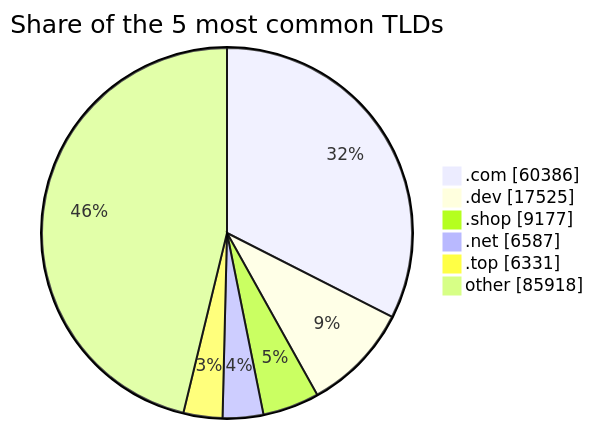
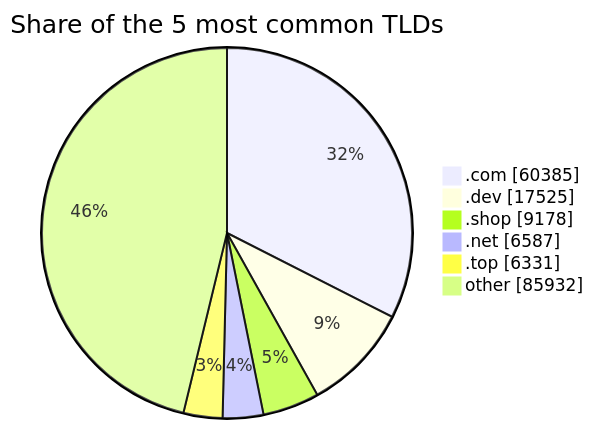
Before and after one commit to DNSBunker/CTI: the third of 3 diagrams in README.md, drawn with Mermaid. The commit also changed other lines of this file and 3 other files, not shown here.

````diff
--- a/README.md
+++ b/README.md
@@ -81,9 +81,9 @@
 ```mermaid
 pie showData title Share of the 5 most common TLDs
-    ".com" : 60386
+    ".com" : 60385
     ".dev" : 17525
-    ".shop" : 9177
+    ".shop" : 9178
     ".net" : 6587
     ".top" : 6331
-    "other" : 85918
+    "other" : 85932
 ```
````
